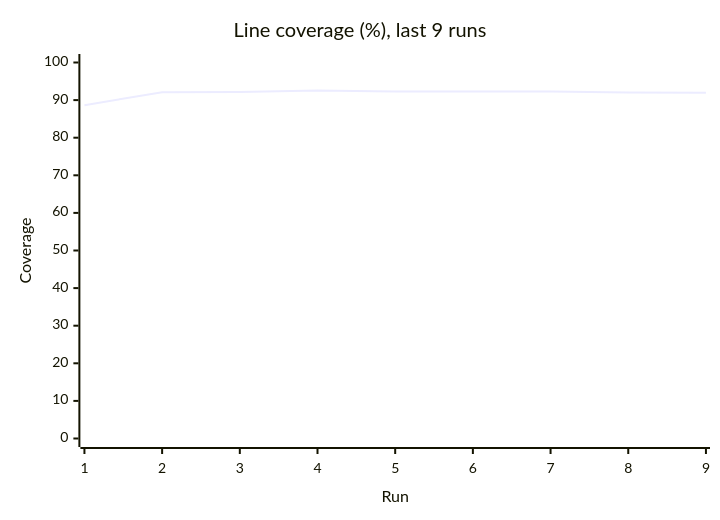
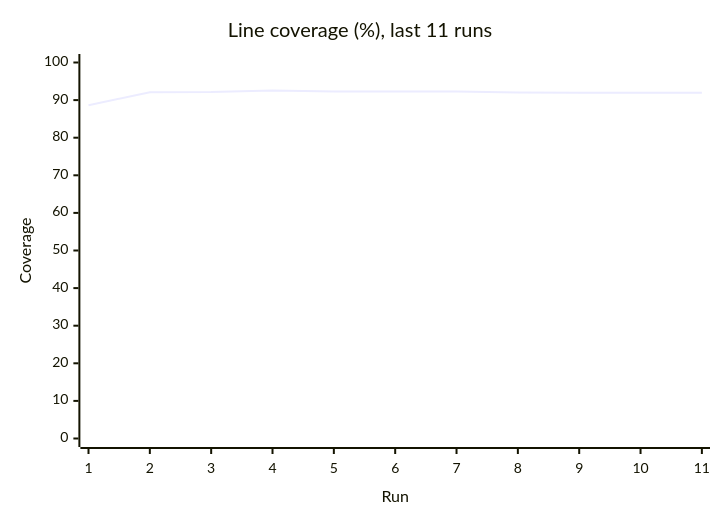
One commit to Shirojoufu/Flaky-Tests changed the third of 3 diagrams in reports/summary.md. Above: the diagram before and after it, drawn with Mermaid. The commit also changed other lines of this file and 5 other files, not shown here.

````diff
--- a/reports/summary.md
+++ b/reports/summary.md
@@ -33,7 +33,7 @@
 ```mermaid
 xychart-beta
-    title "Line coverage (%), last 9 runs"
-    x-axis "Run" [1, 2, 3, 4, 5, 6, 7, 8, 9]
+    title "Line coverage (%), last 11 runs"
+    x-axis "Run" [1, 2, 3, 4, 5, 6, 7, 8, 9, 10, 11]
     y-axis "Coverage" 0 --> 100
-    line [88.65, 92.11, 92.13, 92.54, 92.26, 92.26, 92.3, 92.0, 91.96]
+    line [88.65, 92.11, 92.13, 92.54, 92.26, 92.26, 92.3, 92.0, 91.96, 91.96, 91.96]
 ```
````
